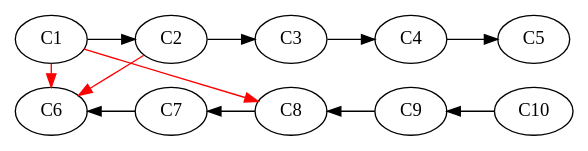
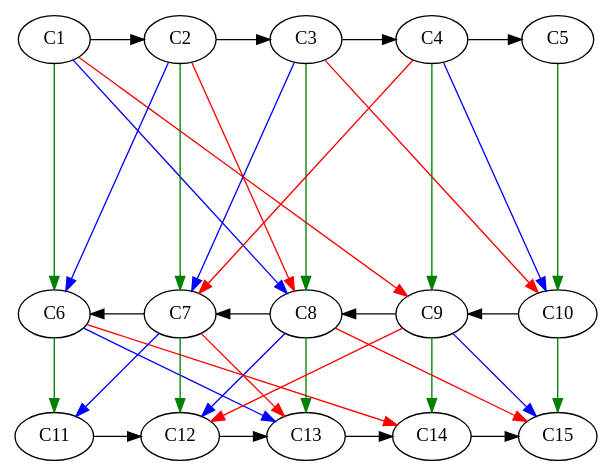
Before and after one commit to nikkolasg/hackmd: the first of 4 diagrams in chung.md, drawn with Graphviz. The commit also changed other lines of this file, not shown here.

````diff
--- a/chung.md
+++ b/chung.md
@@ -5,29 +11,57 @@
 ```graphviz
 digraph G {
 
   rankdir="LR";
   splines=false;
+  //graph [nodesep=0.5, ranksep=1];
+
   
-  subgraph level1 {
-      
-      C1 -> C2 -> C3 -> C4 -> C5 [ weigth=1] 
-      C1 -> C6 [weight=-1,color="red"]
-      C2 -> C6 [weight=-1, color="red"]
-      C1 -> C8 [weight=-1,color="red"]
-      //C1 -> C9 [weight=-10,color="red"] 
-  }
-  
-  subgraph level2 {
-      C10 -> C9 -> C8 -> C7 -> C6 [ weigth=1]
+
+  subgraph cluster_level1 {
+      C1 -> C2 -> C3 -> C4 -> C5 
+      C1 -> C6 [ color="green", constraint=false]
+      C1 -> C8 [ color="blue", constraint=false]
+      C1 -> C9 [ color="red", constraint=false] 
+      C2 -> C6 [ color="blue", constraint=false]
+      C2 -> C7 [ color="green", constraint=false]
+      C2 -> C8 [ color="red", constraint=false]
+      C3 -> C7 [ color="blue", constraint=false]
+      C3 -> C8 [ color="green", constraint=false]
+      C3 -> C10 [ color="red", constraint=false]
+      C4 -> C7 [color="red", constraint=false]
+      C4 -> C9 [ color="green", constraint=false]
+      C4 -> C10 [ color="blue", constraint=false]
+      C5 -> C10 [ color="green", constraint=false]
   }
   
 
+  subgraph cluster_level2 {
+      C10 -> C9 -> C8 -> C7 -> C6 
+      C6 -> C11 [color="green", constraint=false]
+      C6 -> C13 [color="blue", constraint=false]
+      C6 -> C14 [color="red", constraint=false]
+      C7 -> C11 [color="blue", constraint=false]
+      C7 -> C12 [color="green", constraint=false]
+      C7 -> C13 [color="red", constraint=false]
+      C8 -> C12 [color="blue", constraint=false]
+      C8 -> C13 [color="green", constraint=false]
+      C8 -> C15 [color="red", constraint=false]
+      C9 -> C12 [color="red", constraint=false]
+      C9 -> C14 [color="green", constraint=false]
+      C9 -> C15 [color="blue", constraint=false]
+      C10 -> C15 [color="green", constraint=false]
+    }
   
-  { rank = same; C1; C6; }
-  { rank = same; C2; C7; }
-  { rank = same; C3; C8; }
-  { rank = same; C4; C9; }
-  { rank = same; C5; C10; }
+  subgraph cluster_level3 {
+      C11 -> C12 -> C13 -> C14 -> C15 
+  }
+  
+
+  { rank = same;  C1; C6; C11 }
+  { rank = same;  C2; C7; C12}
+  { rank = same;  C3; C8; C13}
+  { rank = same;  C4; C9; C14}
+  { rank = same;  C5; C10; C15}
   
 }
 ```
````
